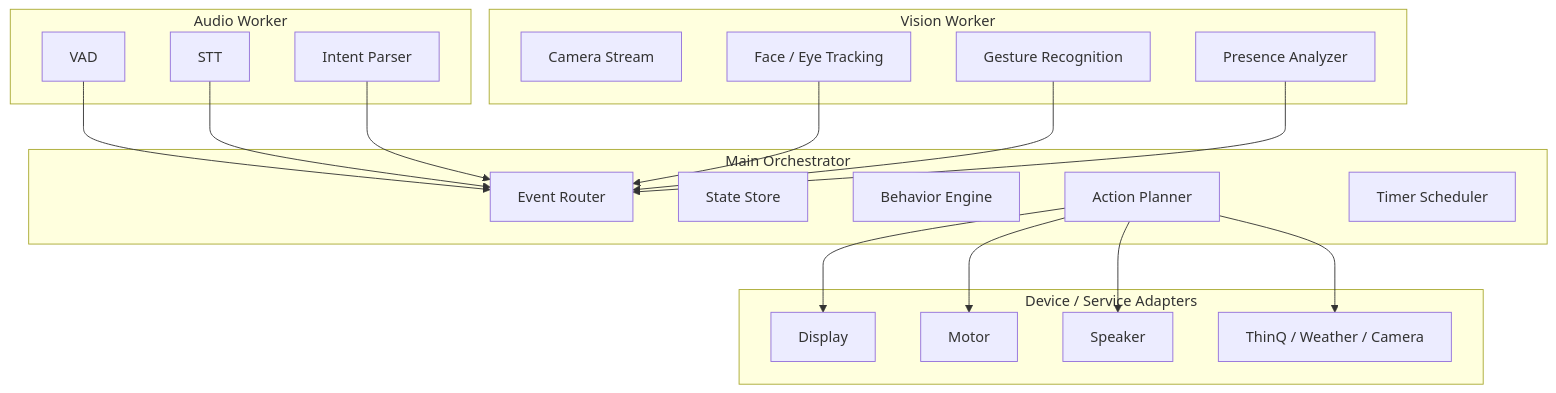
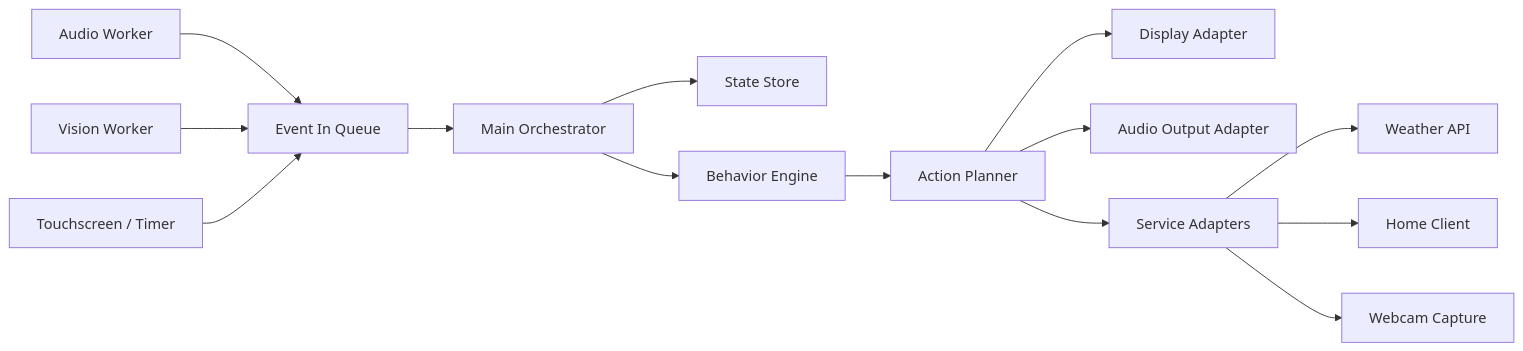
Before and after one commit to soyangBaek/RIO: the diagram in docs/architecture.md, drawn with Mermaid. The commit also changed other lines of this file and 15 other files, not shown here.

````diff
--- a/docs/architecture.md
+++ b/docs/architecture.md
@@ -165,41 +17,19 @@
 ```mermaid
-flowchart TB
-    subgraph P1[Main Orchestrator]
-        A[Event Router]
-        B[State Store]
-        C[Behavior Engine]
-        D[Action Planner]
-        E[Timer Scheduler]
-    end
+flowchart LR
+    A[Audio Worker] --> D[Event In Queue]
+    B[Vision Worker] --> D
+    C[Touchscreen / Timer] --> D
 
-    subgraph P2[Audio Worker]
-        F[VAD]
-        G[STT]
-        H[Intent Parser]
-    end
+    D --> E[Main Orchestrator]
+    E --> F[State Store]
+    E --> G[Behavior Engine]
+    G --> H[Action Planner]
 
-    subgraph P3[Vision Worker]
-        I[Camera Stream]
-        J[Face / Eye Tracking]
-        K[Gesture Recognition]
-        L[Presence Analyzer]
-    end
+    H --> I[Display Adapter]
+    H --> J[Audio Output Adapter]
+    H --> K[Service Adapters]
 
-    subgraph P4[Device / Service Adapters]
-        M[Display]
-        N[Motor]
-        O[Speaker]
-        P[ThinQ / Weather / Camera]
-    end
-
-    F --> A
-    G --> A
-    H --> A
-    J --> A
-    K --> A
-    L --> A
-    D --> M
-    D --> N
-    D --> O
-    D --> P
+    K --> L[Weather API]
+    K --> M[Home Client]
+    K --> N[Webcam Capture]
 ```
````
